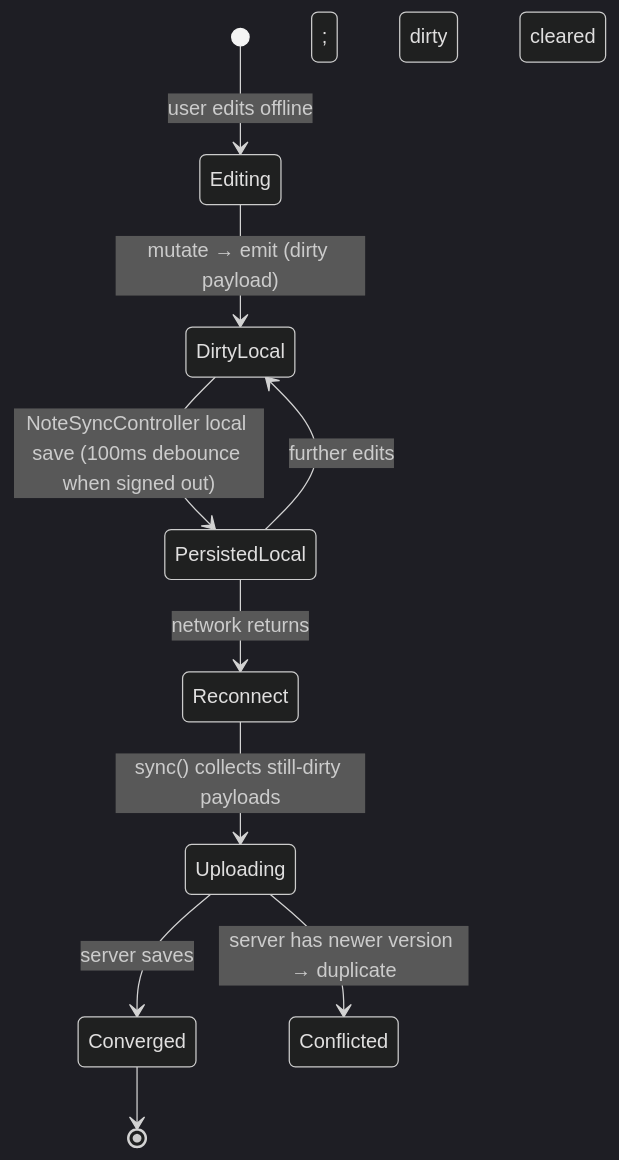
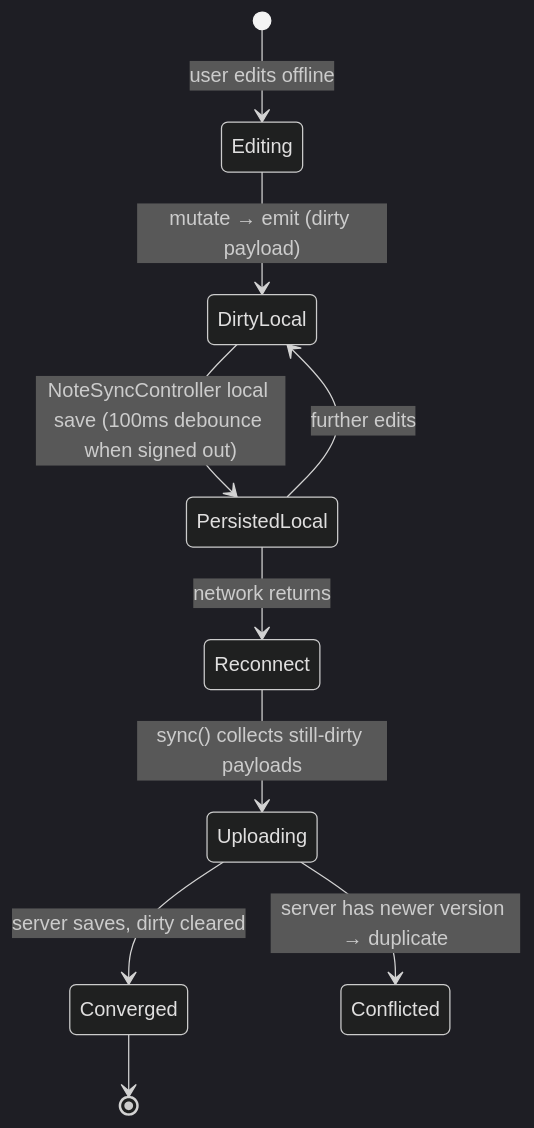
The seventh of 9 diagrams in docs/architecture/05-data-lifecycle-and-e2e-traces.md (convict-git/standardnotes-app), drawn with Mermaid (dark theme) before and after one commit. The commit also changed other lines of this file and 6 other files, not shown here.

Commit message:
docs(architecture): fix Mermaid syntax for GitHub compatibility (validated: 79/79 parse)

````diff
--- a/docs/architecture/05-data-lifecycle-and-e2e-traces.md
+++ b/docs/architecture/05-data-lifecycle-and-e2e-traces.md
@@ -208,12 +208,12 @@
 ```mermaid
 stateDiagram-v2
     [*] --> Editing: user edits offline
     Editing --> DirtyLocal: mutate → emit (dirty payload)
     DirtyLocal --> PersistedLocal: NoteSyncController local save (100ms debounce when signed out)
     PersistedLocal --> DirtyLocal: further edits
     PersistedLocal --> Reconnect: network returns
     Reconnect --> Uploading: sync() collects still-dirty payloads
-    Uploading --> Converged: server saves; dirty cleared
+    Uploading --> Converged: server saves, dirty cleared
     Uploading --> Conflicted: server has newer version → duplicate
     Converged --> [*]
 ```
````
